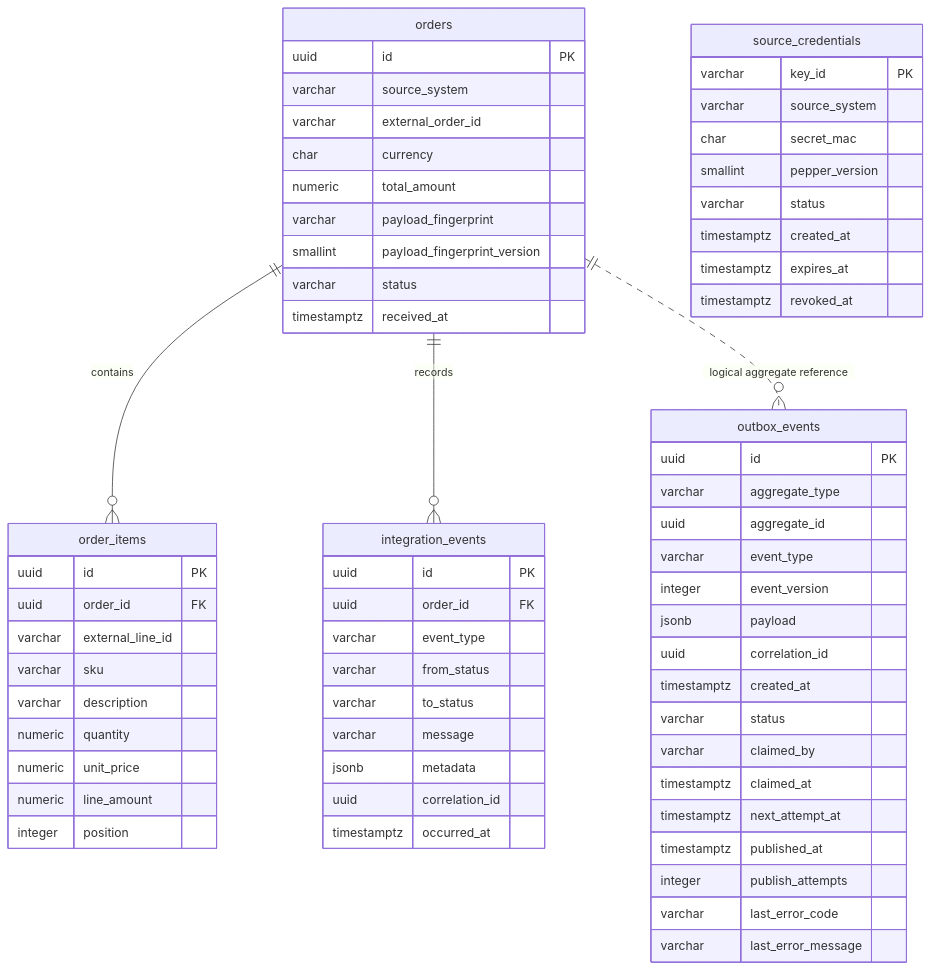
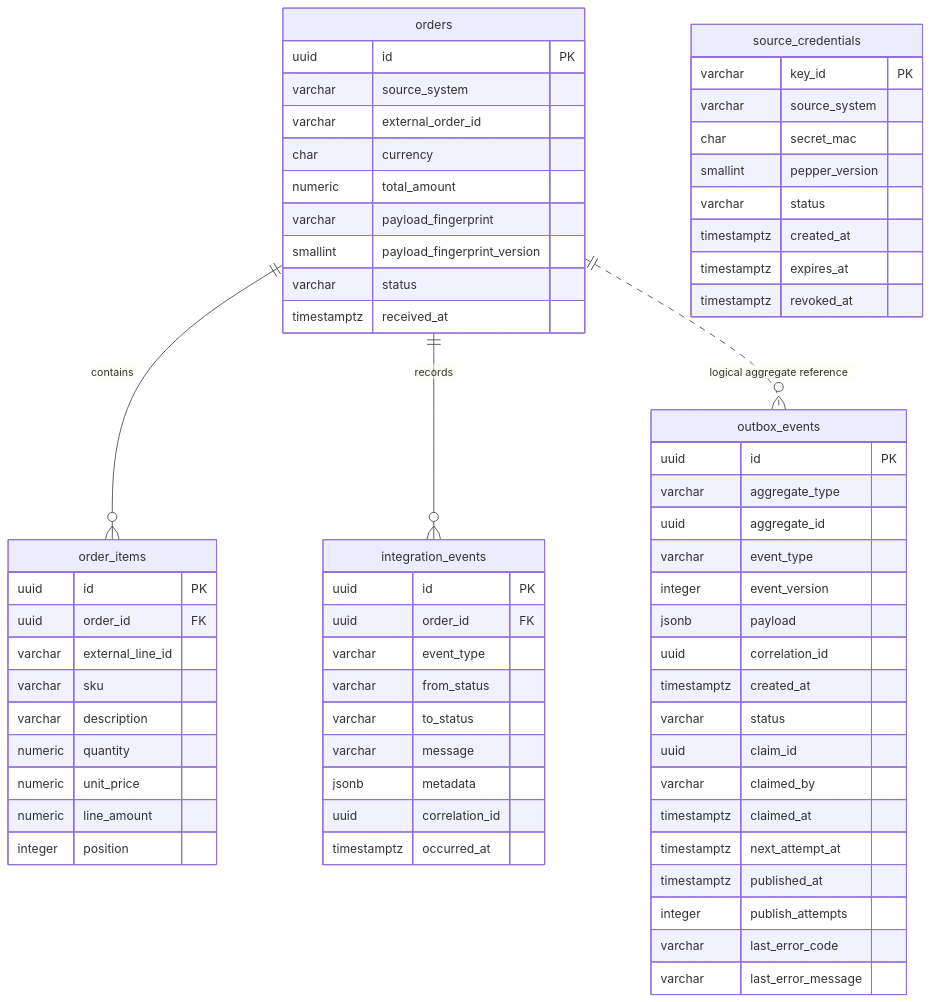
Before and after one commit to PietroRussoD/commerce-integration-hub: the diagram in docs/data-model.md, drawn with Mermaid. The commit also changed 5 other files, not shown here.

````diff
--- a/docs/data-model.md
+++ b/docs/data-model.md
@@ -6,72 +6,73 @@
 ```mermaid
 erDiagram
     orders ||--o{ order_items : contains
     orders ||--o{ integration_events : records
     orders ||..o{ outbox_events : "logical aggregate reference"
 
     source_credentials {
         varchar key_id PK
         varchar source_system
         char secret_mac
         smallint pepper_version
         varchar status
         timestamptz created_at
         timestamptz expires_at
         timestamptz revoked_at
     }
 
     orders {
         uuid id PK
         varchar source_system
         varchar external_order_id
         char currency
         numeric total_amount
         varchar payload_fingerprint
         smallint payload_fingerprint_version
         varchar status
         timestamptz received_at
     }
 
     order_items {
         uuid id PK
         uuid order_id FK
         varchar external_line_id
         varchar sku
         varchar description
         numeric quantity
         numeric unit_price
         numeric line_amount
         integer position
     }
 
     integration_events {
         uuid id PK
         uuid order_id FK
         varchar event_type
         varchar from_status
         varchar to_status
         varchar message
         jsonb metadata
         uuid correlation_id
         timestamptz occurred_at
     }
 
     outbox_events {
         uuid id PK
         varchar aggregate_type
         uuid aggregate_id
         varchar event_type
         integer event_version
         jsonb payload
         uuid correlation_id
         timestamptz created_at
         varchar status
+        uuid claim_id
         varchar claimed_by
         timestamptz claimed_at
         timestamptz next_attempt_at
         timestamptz published_at
         integer publish_attempts
         varchar last_error_code
         varchar last_error_message
     }
 ```
````
